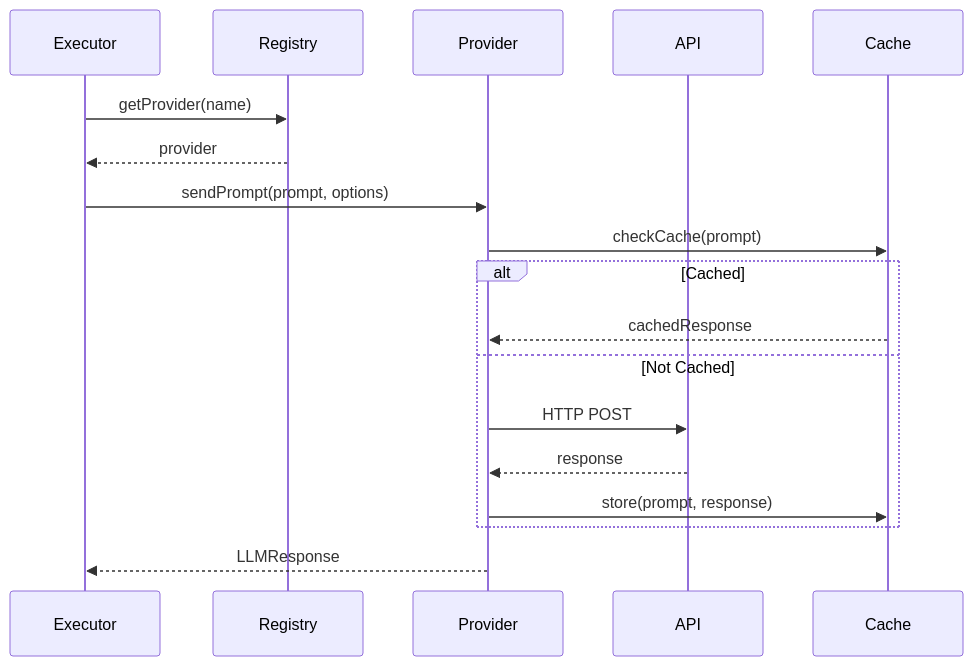
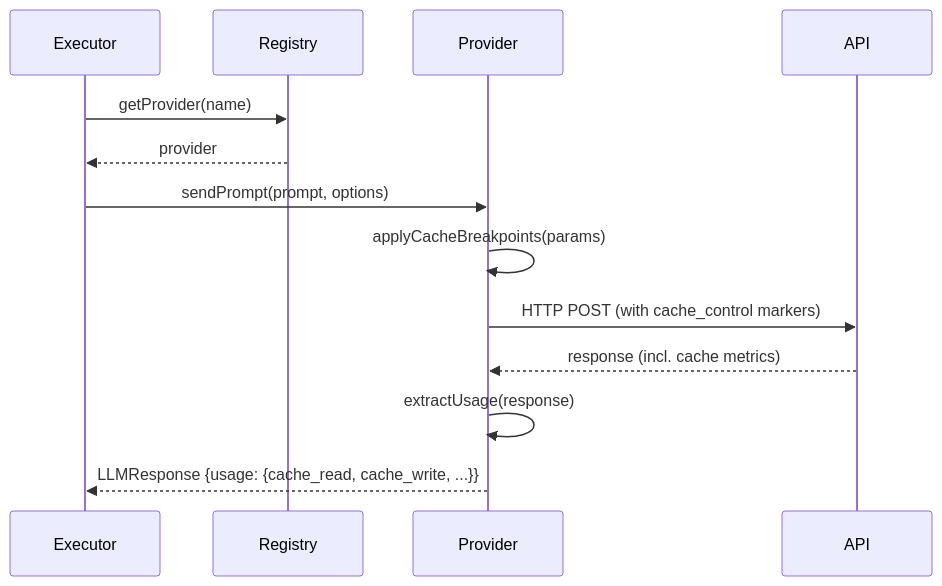
One commit to windagency/valora.ai changed the fourth of 15 diagrams in documentation/architecture/data-flow.md. Above: the diagram before and after it, drawn with Mermaid. The commit also changed other lines of this file and 16 other files, not shown here.

````diff
--- a/documentation/architecture/data-flow.md
+++ b/documentation/architecture/data-flow.md
@@ -131,21 +131,16 @@
 ```mermaid
 sequenceDiagram
     participant Executor
     participant Registry
     participant Provider
     participant API
-    participant Cache
 
     Executor->>Registry: getProvider(name)
     Registry-->>Executor: provider
     Executor->>Provider: sendPrompt(prompt, options)
-    Provider->>Cache: checkCache(prompt)
-    alt Cached
-        Cache-->>Provider: cachedResponse
-    else Not Cached
-        Provider->>API: HTTP POST
-        API-->>Provider: response
-        Provider->>Cache: store(prompt, response)
-    end
-    Provider-->>Executor: LLMResponse
+    Provider->>Provider: applyCacheBreakpoints(params)
+    Provider->>API: HTTP POST (with cache_control markers)
+    API-->>Provider: response (incl. cache metrics)
+    Provider->>Provider: extractUsage(response)
+    Provider-->>Executor: LLMResponse {usage: {cache_read, cache_write, ...}}
 ```
````
